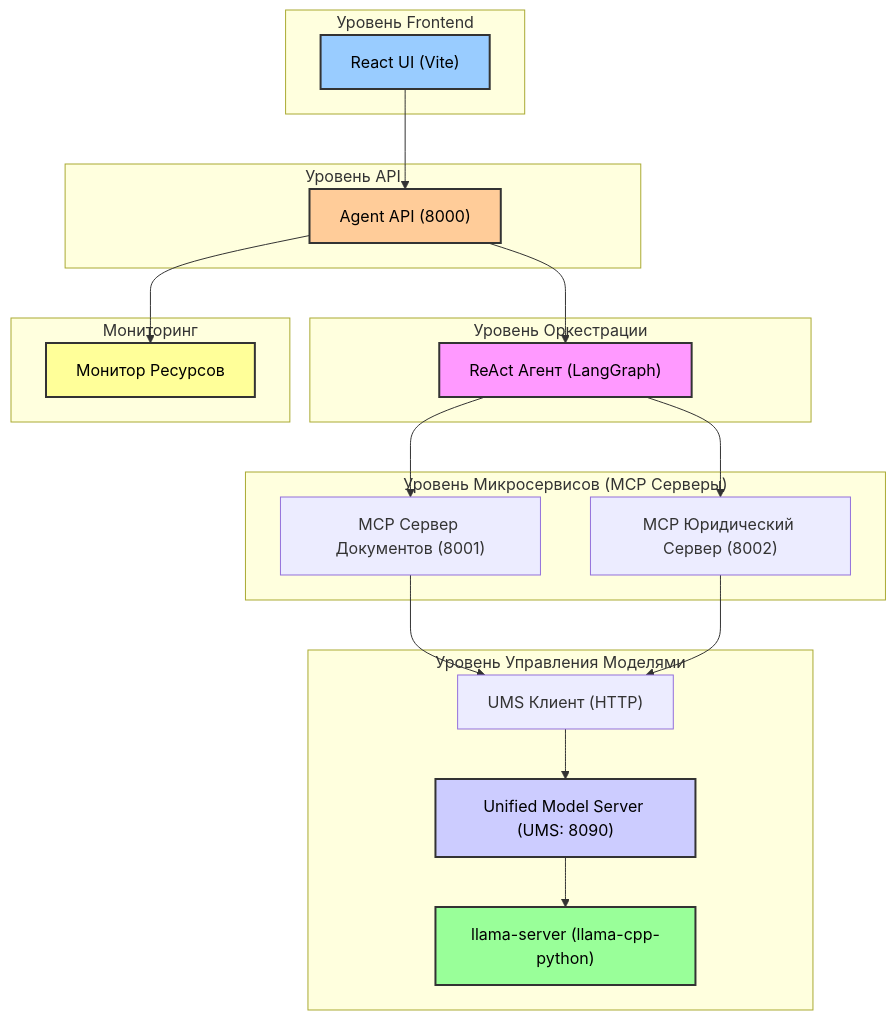
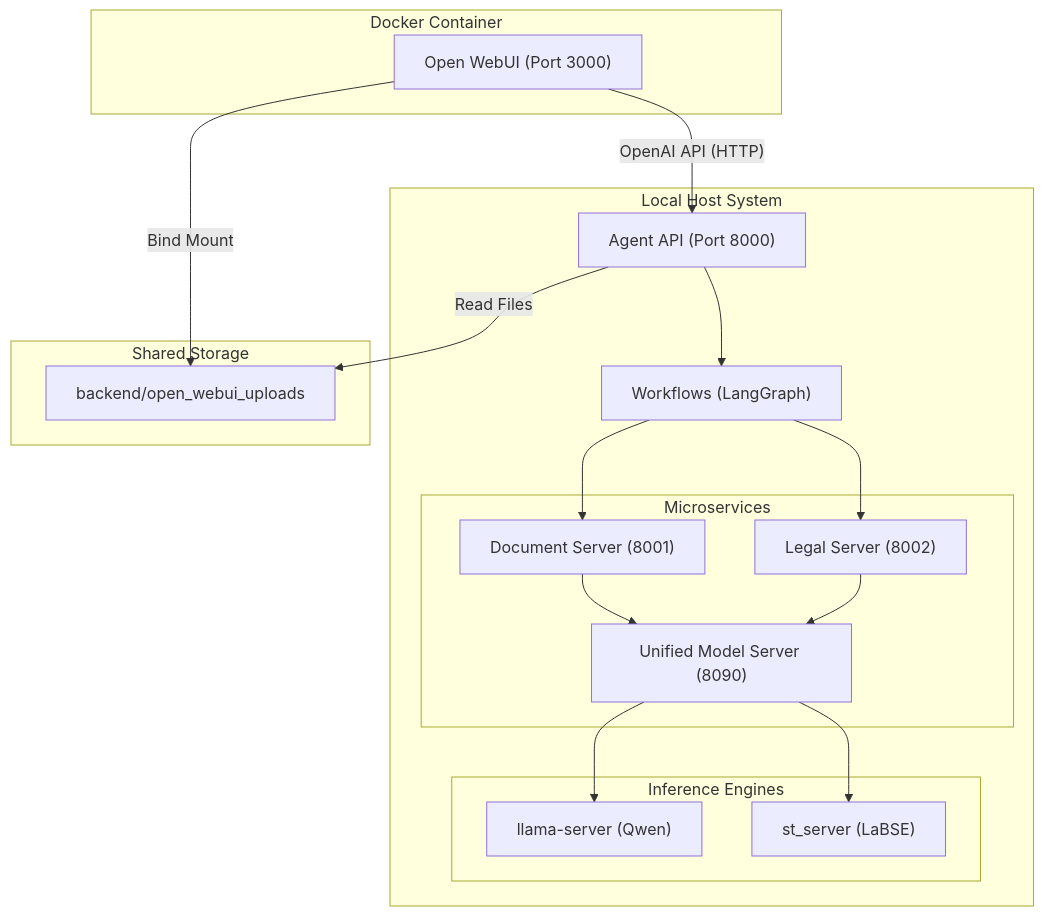
One commit to senorfrancesco/agent-navigator-pro changed the diagram in README.md. Above: the diagram before and after it, drawn with Mermaid. The commit also changed other lines of this file and 1 other file, not shown here.

First line of the commit message:
docs: Update README with Open WebUI architecture and instructions

````diff
--- a/README.md
+++ b/README.md
@@ -11,46 +11,38 @@
 ```mermaid
 graph TD
-    subgraph UI ["Уровень Frontend"]
-        U["React UI (Vite)"]
+    subgraph Docker ["Docker Container"]
+        UI["Open WebUI (Port 3000)"]
     end
     
-    subgraph API ["Уровень API"]
-        AG["Agent API (8000)"]
+    subgraph Host ["Local Host System"]
+        AG["Agent API (Port 8000)"]
+        W["Workflows (LangGraph)"]
+        
+        subgraph Services ["Microservices"]
+            DS["Document Server (8001)"]
+            LS["Legal Server (8002)"]
+            UMS["Unified Model Server (8090)"]
+        end
+        
+        subgraph Inference ["Inference Engines"]
+            LSVR["llama-server (Qwen)"]
+            ST["st_server (LaBSE)"]
+        end
     end
     
-    subgraph S1 ["Уровень Оркестрации"]
-        A["ReAct Агент (LangGraph)"]
+    subgraph Storage ["Shared Storage"]
+        FS["backend/open_webui_uploads"]
     end
     
-    subgraph S2 ["Уровень Микросервисов (MCP Серверы)"]
-        B["MCP Сервер Документов (8001)"]
-        C["MCP Юридический Сервер (8002)"]
-    end
+    UI -- "OpenAI API (HTTP)" --> AG
+    UI -- "Bind Mount" --> FS
+    AG -- "Read Files" --> FS
     
-    subgraph S3 ["Уровень Управления Моделями"]
-        D["UMS Клиент (HTTP)"]
-        E["Unified Model Server (UMS: 8090)"]
-        F["llama-server (llama-cpp-python)"]
-    end
-    
-    subgraph MON ["Мониторинг"]
-        RM["Монитор Ресурсов"]
-    end
-    
-    U --> AG
-    AG --> A
-    AG --> RM
-    A --> B
-    A --> C
-    B --> D
-    C --> D
-    D --> E
-    E --> F
-    
-    style U fill:#9cf,stroke:#333,stroke-width:2px,color:#000
-    style AG fill:#fc9,stroke:#333,stroke-width:2px,color:#000
-    style A fill:#f9f,stroke:#333,stroke-width:2px,color:#000
-    style E fill:#ccf,stroke:#333,stroke-width:2px,color:#000
-    style F fill:#9f9,stroke:#333,stroke-width:2px,color:#000
-    style RM fill:#ff9,stroke:#333,stroke-width:2px,color:#000
+    AG --> W
+    W --> DS
+    W --> LS
+    DS --> UMS
+    LS --> UMS
+    UMS --> LSVR
+    UMS --> ST
 ```
````
